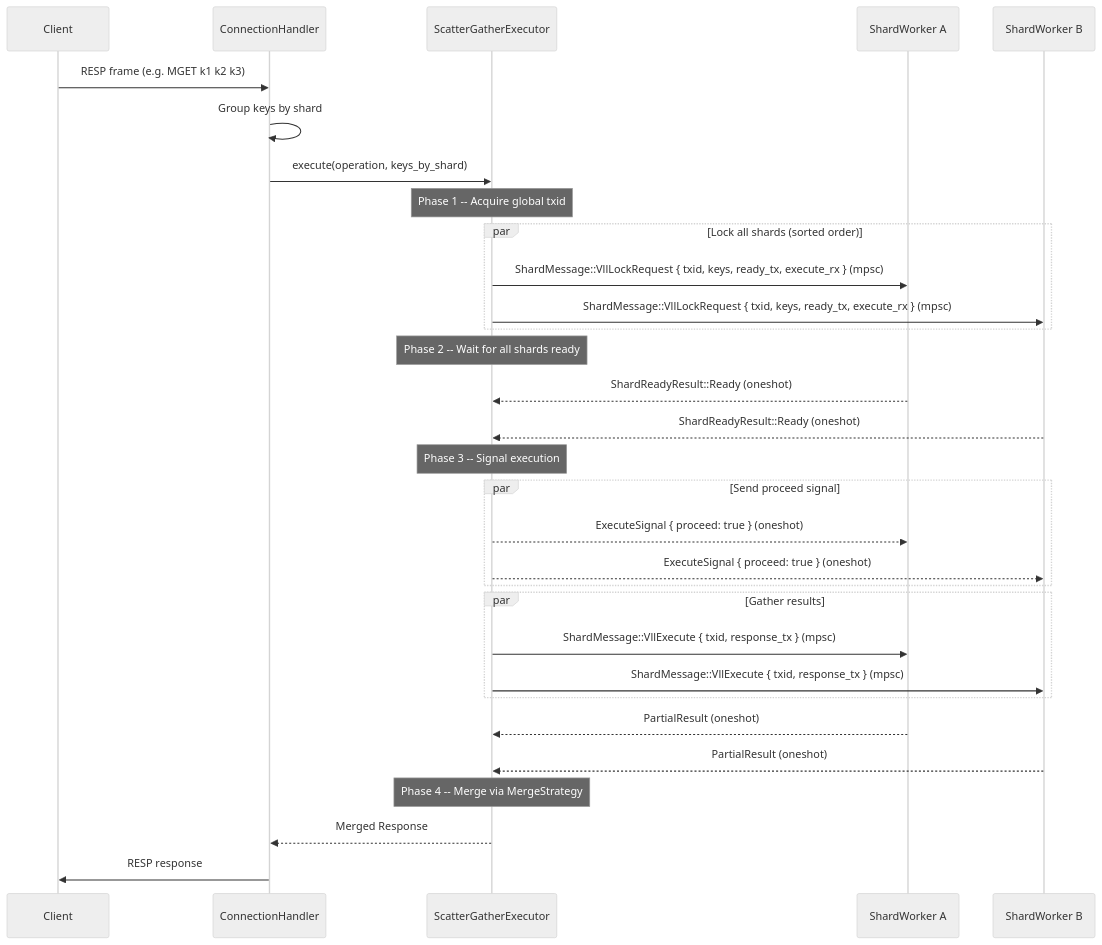
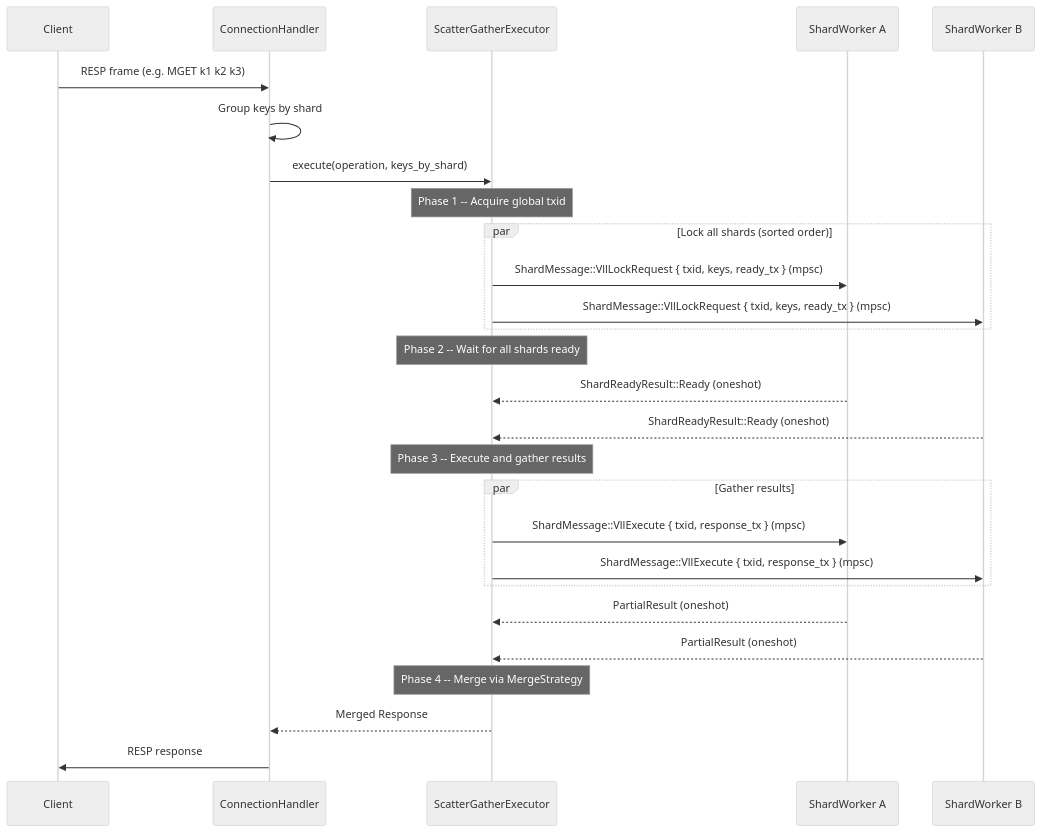
Before and after one commit to frogdb/frogdb: the third of 8 diagrams in website/src/content/docs/architecture/request-flows.md, drawn with Mermaid (neutral theme). The commit also changed other lines of this file and 3 other files, not shown here.

First line of the commit message:
docs(proposals): add proposal 37 (VLL lock-table consolidation), implemented

````diff
--- a/website/src/content/docs/architecture/request-flows.md
+++ b/website/src/content/docs/architecture/request-flows.md
@@ -111,44 +111,39 @@
 ```mermaid
 sequenceDiagram
     participant C as Client
     participant CH as ConnectionHandler
     participant SGE as ScatterGatherExecutor
     participant SW1 as ShardWorker A
     participant SW2 as ShardWorker B
 
     C->>CH: RESP frame (e.g. MGET k1 k2 k3)
     CH->>CH: Group keys by shard
     CH->>SGE: execute(operation, keys_by_shard)
 
     Note over SGE: Phase 1 -- Acquire global txid
 
     par Lock all shards (sorted order)
-        SGE->>SW1: ShardMessage::VllLockRequest { txid, keys, ready_tx, execute_rx } (mpsc)
-        SGE->>SW2: ShardMessage::VllLockRequest { txid, keys, ready_tx, execute_rx } (mpsc)
+        SGE->>SW1: ShardMessage::VllLockRequest { txid, keys, ready_tx } (mpsc)
+        SGE->>SW2: ShardMessage::VllLockRequest { txid, keys, ready_tx } (mpsc)
     end
 
     Note over SGE: Phase 2 -- Wait for all shards ready
 
     SW1-->>SGE: ShardReadyResult::Ready (oneshot)
     SW2-->>SGE: ShardReadyResult::Ready (oneshot)
 
-    Note over SGE: Phase 3 -- Signal execution
-
-    par Send proceed signal
-        SGE-->>SW1: ExecuteSignal { proceed: true } (oneshot)
-        SGE-->>SW2: ExecuteSignal { proceed: true } (oneshot)
-    end
+    Note over SGE: Phase 3 -- Execute and gather results
 
     par Gather results
         SGE->>SW1: ShardMessage::VllExecute { txid, response_tx } (mpsc)
         SGE->>SW2: ShardMessage::VllExecute { txid, response_tx } (mpsc)
     end
 
     SW1-->>SGE: PartialResult (oneshot)
     SW2-->>SGE: PartialResult (oneshot)
 
     Note over SGE: Phase 4 -- Merge via MergeStrategy
 
     SGE-->>CH: Merged Response
     CH->>C: RESP response
 ```
````
